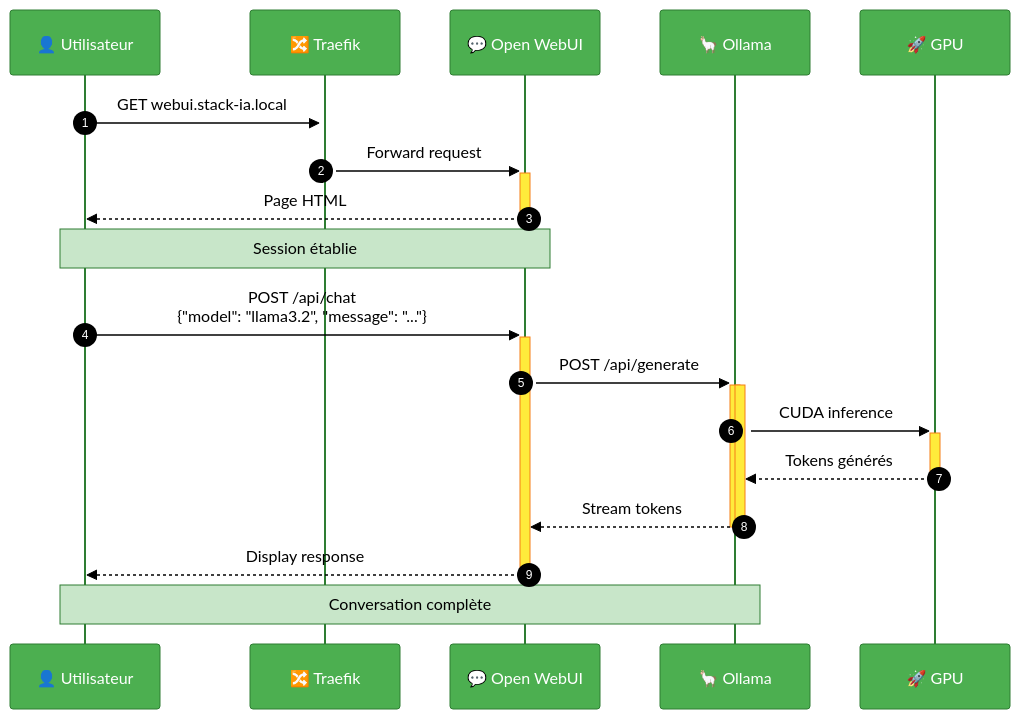
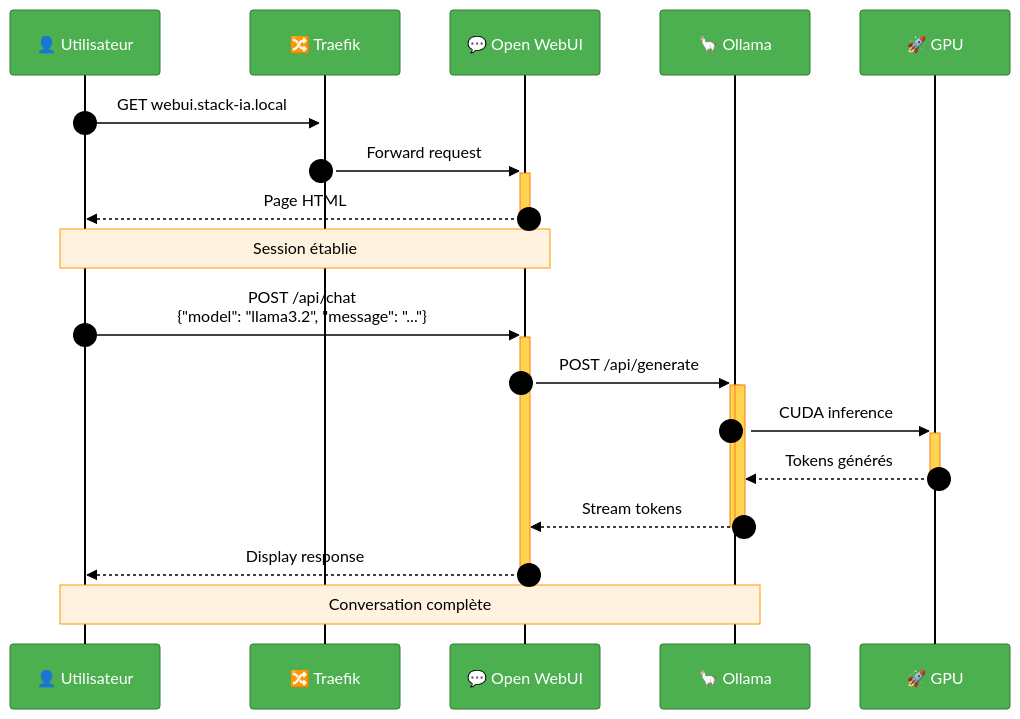
The seventh of 14 diagrams in docs/ARCHITECTURE.md (MPFabio/Stack-IA), drawn with Mermaid before and after one commit. The commit also changed other lines of this file, not shown here.

````diff
--- a/docs/ARCHITECTURE.md
+++ b/docs/ARCHITECTURE.md
@@ -471,27 +471,27 @@
 ```mermaid
-%%{init: {'theme':'base', 'themeVariables': {'background':'#e8f5e9','mainBkg':'#e8f5e9','actorBkg':'#4CAF50','actorBorder':'#2e7d32','actorTextColor':'#fff','actorLineColor':'#2e7d32','noteBkgColor':'#c8e6c9','noteTextColor':'#000','noteBorderColor':'#2e7d32','signalColor':'#000','signalTextColor':'#000','labelBoxBkgColor':'#c8e6c9','labelTextColor':'#000','loopTextColor':'#000','activationBkgColor':'#ffeb3b','activationBorderColor':'#f57f17','sequenceNumberColor':'#fff'}}}%%
+%%{init: {'theme':'base', 'themeVariables': {'background':'#ffffff','mainBkg':'#ffffff','actorBkg':'#4CAF50','actorBorder':'#2e7d32','actorTextColor':'#fff','actorLineColor':'#000','noteBkgColor':'#fff3e0','noteTextColor':'#000','noteBorderColor':'#ff9800','signalColor':'#000','signalTextColor':'#000','labelBoxBkgColor':'#e3f2fd','labelTextColor':'#000','loopTextColor':'#000','activationBkgColor':'#ffd54f','activationBorderColor':'#f57f17','sequenceNumberColor':'#000'}}}%%
 sequenceDiagram
     autonumber
     participant U as 👤 Utilisateur
     participant T as 🔀 Traefik
     participant W as 💬 Open WebUI
     participant O as 🦙 Ollama
     participant G as 🚀 GPU
     
     U->>+T: GET webui.stack-ia.local
     T->>+W: Forward request
     W-->>-U: Page HTML
     
     Note over U,W: Session établie
     
     U->>+W: POST /api/chat<br/>{"model": "llama3.2", "message": "..."}
     W->>+O: POST /api/generate
     activate O
     O->>+G: CUDA inference
     G-->>-O: Tokens générés
     O-->>-W: Stream tokens
     deactivate O
     W-->>-U: Display response
     
     Note over U,O: Conversation complète
 ```
````
